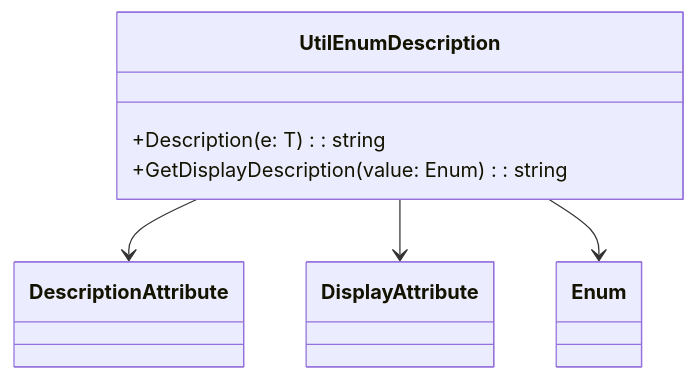
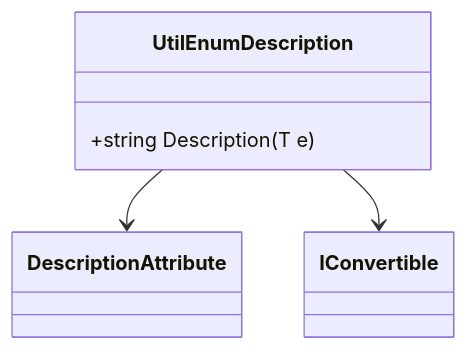
The second of 2 diagrams in docs/b2b-dominio/IsthmusWinthor.Nucleo/IsthmusWinthor.Dominio/Enumeradores/UtilEnumDescription.md (IsthmusSistemas/documentacao-tecnica), drawn with Mermaid before and after one commit. The commit also changed other lines of this file and 882 other files, not shown here.

````diff
--- a/docs/b2b-dominio/IsthmusWinthor.Nucleo/IsthmusWinthor.Dominio/Enumeradores/UtilEnumDescription.md
+++ b/docs/b2b-dominio/IsthmusWinthor.Nucleo/IsthmusWinthor.Dominio/Enumeradores/UtilEnumDescription.md
@@ -69,14 +51,15 @@
 ```mermaid
 classDiagram
     class UtilEnumDescription {
-        +Description<T>(e: T): string
-        +GetDisplayDescription(value: Enum): string
+        +string Description<T>(T e)
     }
-    class DescriptionAttribute
-    class DisplayAttribute
-    class Enum
+
+    class DescriptionAttribute {
+    }
+
+    class IConvertible {
+    }
 
     UtilEnumDescription --> DescriptionAttribute
-    UtilEnumDescription --> DisplayAttribute
-    UtilEnumDescription --> Enum
+    UtilEnumDescription --> IConvertible
 ```
````
